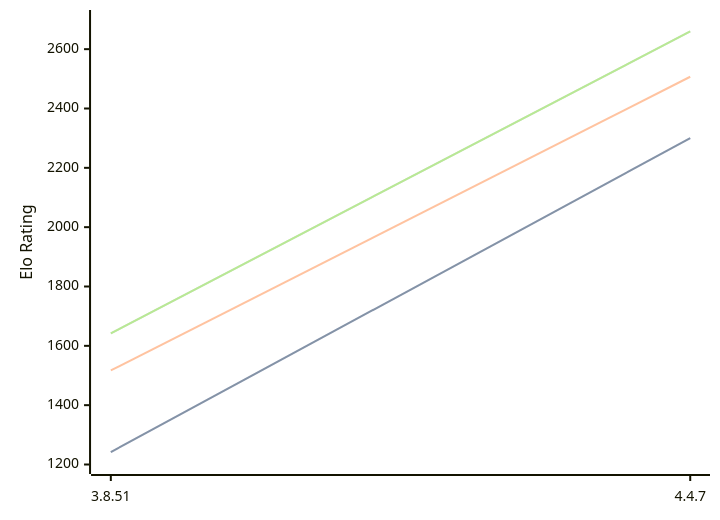
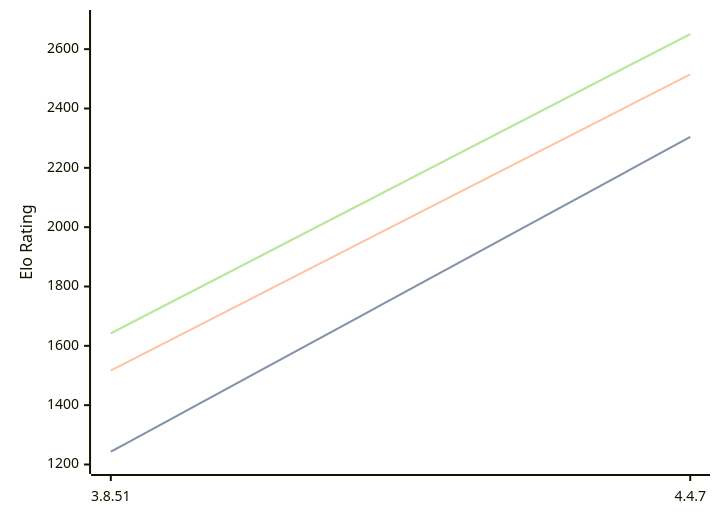
One commit to computer-chess-index/cci changed the diagram in engines/Scoria.md. Above: the diagram before and after it, drawn with Mermaid. The commit also changed other lines of this file, not shown here.

Commit message:
Update CCI Ratings (ELO VLTC) - 2026-08-16

````diff
--- a/engines/Scoria.md
+++ b/engines/Scoria.md
@@ -32,11 +32,11 @@
 ```mermaid
 %%{init: {"theme":"base","themeVariables":{"seriesColors:['#a3a3a3','#222221','#faa371']}}}%%
 xychart-beta
   x-axis ["3.8.51", "4.4.7"]
   y-axis "Elo Rating" 1200 --> 2700
-  line "STC (8.0+0.08s)" [1242, 2300]
-  line "STC (8.0+0.08s)" [1242, 2300]
-  line "LTC (60.0+0.60s)" [1517, 2507]
-  line "VLTC (2m24s+1.12s)" [1642, 2660]
-  line "VLTC (2m24s+1.12s)" [1642, 2660]
+  line "STC (8.0+0.08s)" [1243, 2304]
+  line "STC (8.0+0.08s)" [1243, 2304]
+  line "LTC (60.0+0.60s)" [1517, 2515]
+  line "VLTC (2m24s+1.12s)" [1642, 2651]
+  line "VLTC (2m24s+1.12s)" [1642, 2651]
 ```
````
